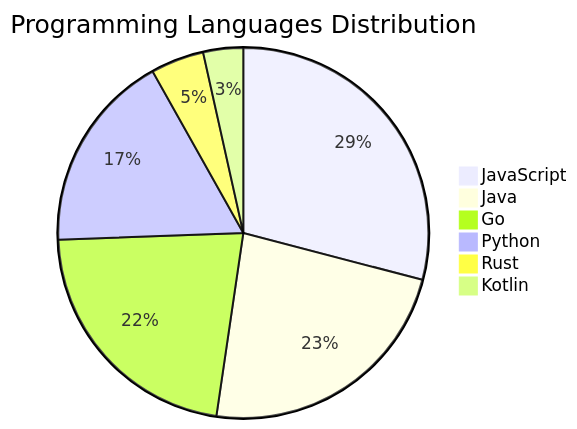
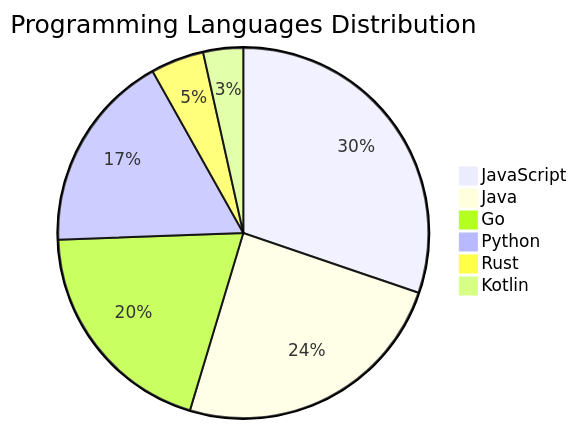
Before and after one commit to Derrick-MUGISHA/github-activity-bot: the diagram in README.md, drawn with Mermaid. The commit also changed other lines of this file and 3 other files, not shown here.

````diff
--- a/README.md
+++ b/README.md
@@ -72,9 +72,9 @@
 ```mermaid
 pie title Programming Languages Distribution
-    "JavaScript" : 25
-    "Java" : 20
-    "Go" : 19
+    "JavaScript" : 26
+    "Java" : 21
+    "Go" : 17
     "Python" : 15
     "Rust" : 4
     "Kotlin" : 3
 ```
````
